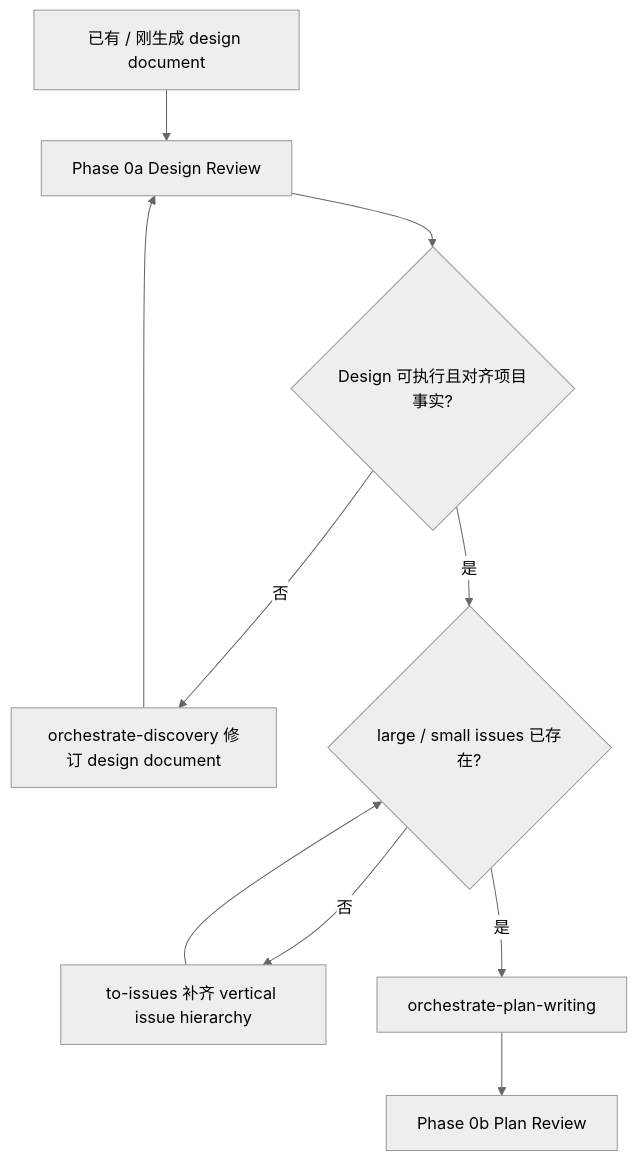
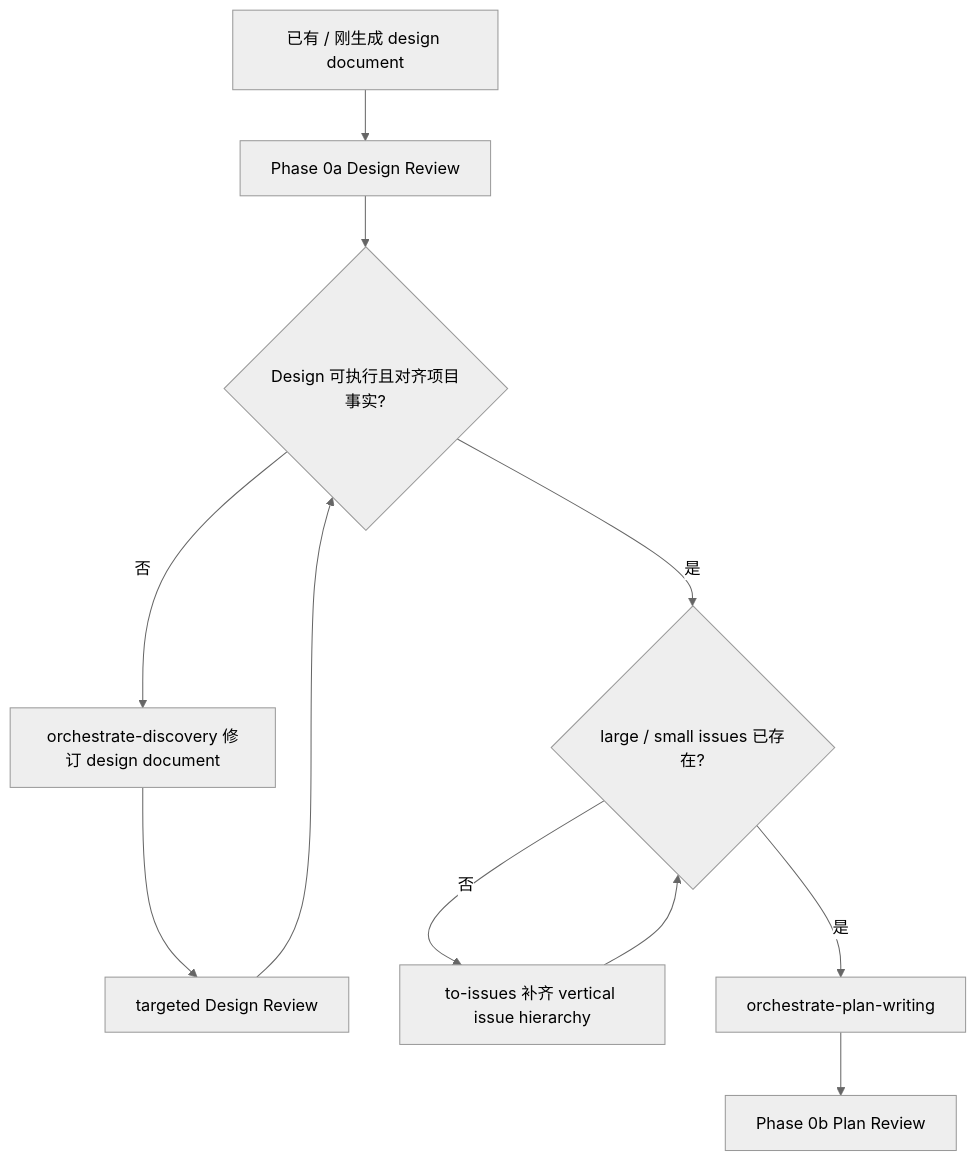
One commit to chancheuklap/multi-model-workflow changed the diagram in .agents/skills/orchestrate-workflow/references/design-review.md. Above: the diagram before and after it, drawn with Mermaid (neutral theme). The commit also changed 14 other files, not shown here.

````diff
--- a/.agents/skills/orchestrate-workflow/references/design-review.md
+++ b/.agents/skills/orchestrate-workflow/references/design-review.md
@@ -26,12 +26,13 @@
 ```mermaid
 flowchart TD
     A["已有 / 刚生成 design document"] --> B["Phase 0a Design Review"]
     B --> C{"Design 可执行且对齐项目事实?"}
     C -->|否| D["orchestrate-discovery 修订 design document"]
-    D --> B
+    D --> R["targeted Design Review"]
+    R --> C
     C -->|是| E{"large / small issues 已存在?"}
     E -->|否| F["to-issues 补齐 vertical issue hierarchy"]
     F --> E
     E -->|是| G["orchestrate-plan-writing"]
     G --> H["Phase 0b Plan Review"]
 ```
````
